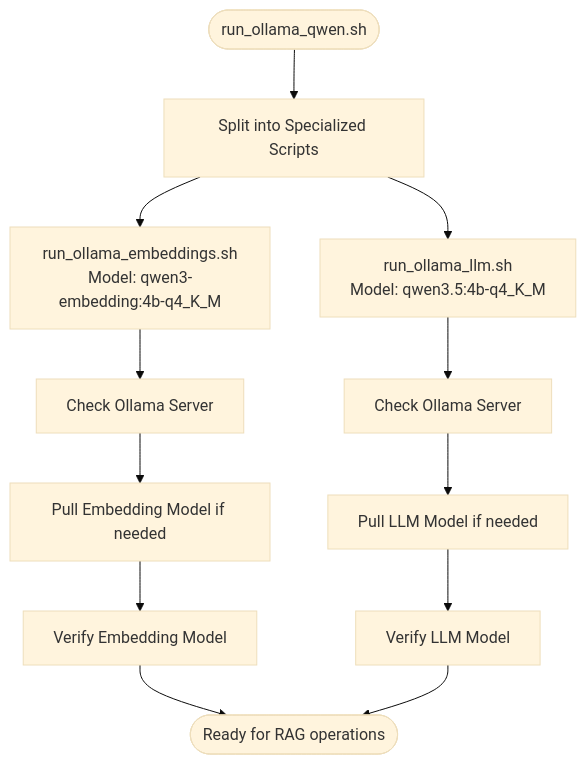
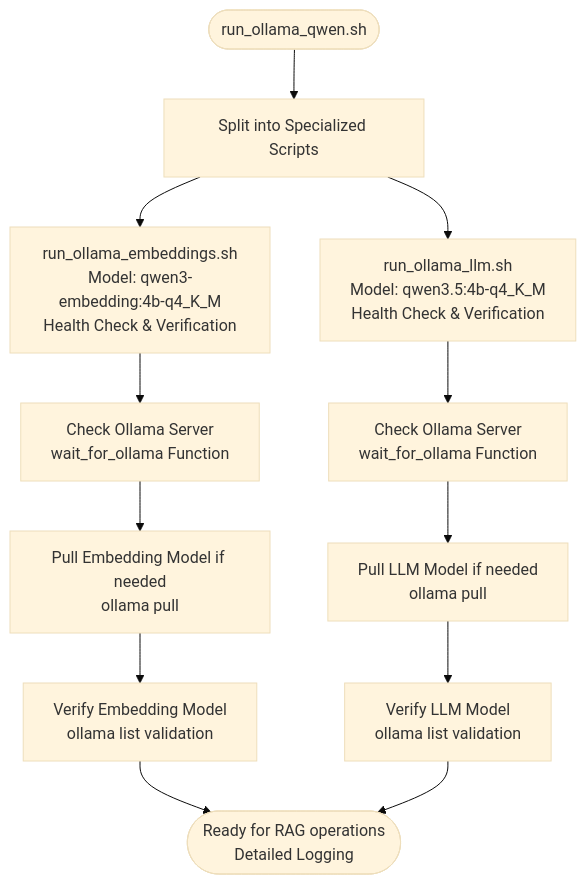
One commit to ognelis/cafetera_hr_bot changed the ninth of 13 diagrams in .qoder/repowiki/en/content/Deployment and Operations.md. Above: the diagram before and after it, drawn with Mermaid (base theme). The commit also changed other lines of this file and 11 other files, not shown here.

````diff
--- a/.qoder/repowiki/en/content/Deployment and Operations.md
+++ b/.qoder/repowiki/en/content/Deployment and Operations.md
@@ -359,14 +432,14 @@
 ```mermaid
 flowchart TD
 Start(["run_ollama_qwen.sh"]) --> SplitScripts["Split into Specialized Scripts"]
-SplitScripts --> Embeddings["run_ollama_embeddings.sh<br/>Model: qwen3-embedding:4b-q4_K_M"]
-SplitScripts --> LLM["run_ollama_llm.sh<br/>Model: qwen3.5:4b-q4_K_M"]
-Embeddings --> CheckOllama["Check Ollama Server"]
-CheckOllama --> PullModel["Pull Embedding Model if needed"]
-PullModel --> VerifyEmbedding["Verify Embedding Model"]
-LLM --> CheckOllama2["Check Ollama Server"]
-CheckOllama2 --> PullModel2["Pull LLM Model if needed"]
-PullModel2 --> VerifyLLM["Verify LLM Model"]
-VerifyEmbedding --> Ready(["Ready for RAG operations"])
+SplitScripts --> Embeddings["run_ollama_embeddings.sh<br/>Model: qwen3-embedding:4b-q4_K_M<br/>Health Check & Verification"]
+SplitScripts --> LLM["run_ollama_llm.sh<br/>Model: qwen3.5:4b-q4_K_M<br/>Health Check & Verification"]
+Embeddings --> CheckOllama["Check Ollama Server<br/>wait_for_ollama Function"]
+CheckOllama --> PullModel["Pull Embedding Model if needed<br/>ollama pull"]
+PullModel --> VerifyEmbedding["Verify Embedding Model<br/>ollama list validation"]
+LLM --> CheckOllama2["Check Ollama Server<br/>wait_for_ollama Function"]
+CheckOllama2 --> PullModel2["Pull LLM Model if needed<br/>ollama pull"]
+PullModel2 --> VerifyLLM["Verify LLM Model<br/>ollama list validation"]
+VerifyEmbedding --> Ready(["Ready for RAG operations<br/>Detailed Logging"])
 VerifyLLM --> Ready
 ```
````
